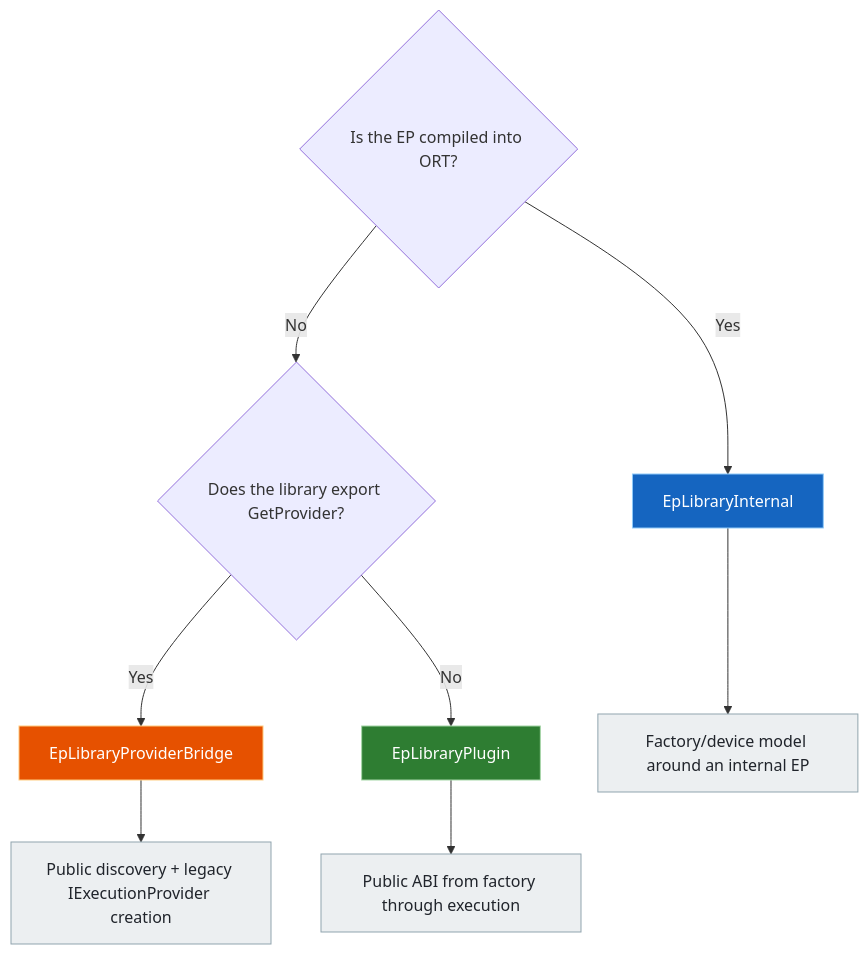
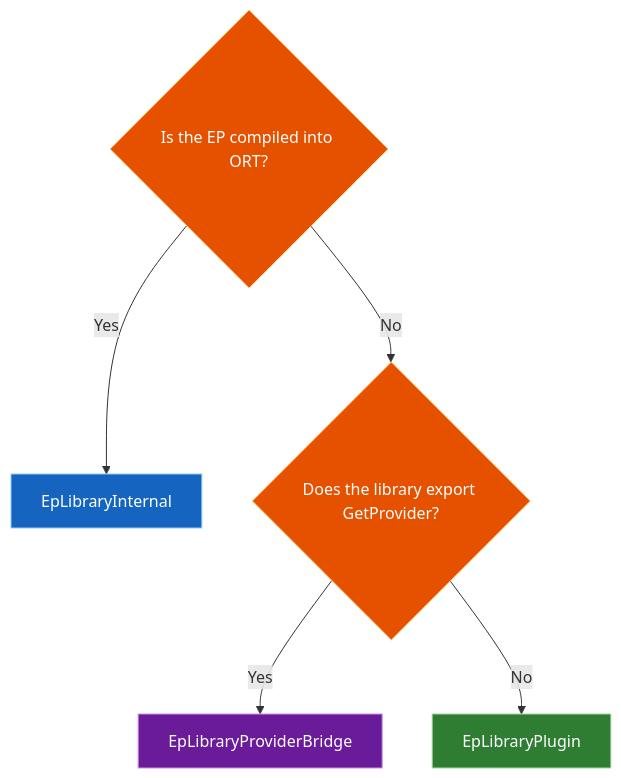
One commit to DakeQQ/Tutorial-ONNX-Runtime-Execution-Providers changed the fourth of 13 diagrams in PluginEP/README.md. Above: the diagram before and after it, drawn with Mermaid. The commit also changed other lines of this file and 15 other files, not shown here.

````diff
--- a/PluginEP/README.md
+++ b/PluginEP/README.md
@@ -122,18 +120,16 @@
 ```mermaid
 flowchart TD
-    Q{"Is the EP compiled into ORT?"}
-    Q -->|Yes| I["EpLibraryInternal"]
+    Q{"Is the EP compiled into ORT?"} -->|Yes| I["EpLibraryInternal"]
     Q -->|No| G{"Does the library export GetProvider?"}
     G -->|Yes| B["EpLibraryProviderBridge"]
     G -->|No| P["EpLibraryPlugin"]
 
-    I --> I1["Factory/device model around an internal EP"]
-    B --> B1["Public discovery + legacy IExecutionProvider creation"]
-    P --> P1["Public ABI from factory through execution"]
-
-    style I fill:#1565c0,stroke:#90caf9,color:#ffffff
-    style B fill:#e65100,stroke:#ffcc80,color:#ffffff
-    style P fill:#2e7d32,stroke:#a5d6a7,color:#ffffff
-    classDef note fill:#eceff1,stroke:#90a4ae,color:#20242b
-    class I1,B1,P1 note
+    class Q,G orange
+    class I blue
+    class B purple
+    class P green
+    classDef orange fill:#e65100,stroke:#ffcc80,color:#ffffff
+    classDef blue fill:#1565c0,stroke:#90caf9,color:#ffffff
+    classDef purple fill:#6a1b9a,stroke:#ce93d8,color:#ffffff
+    classDef green fill:#2e7d32,stroke:#a5d6a7,color:#ffffff
 ```
````
